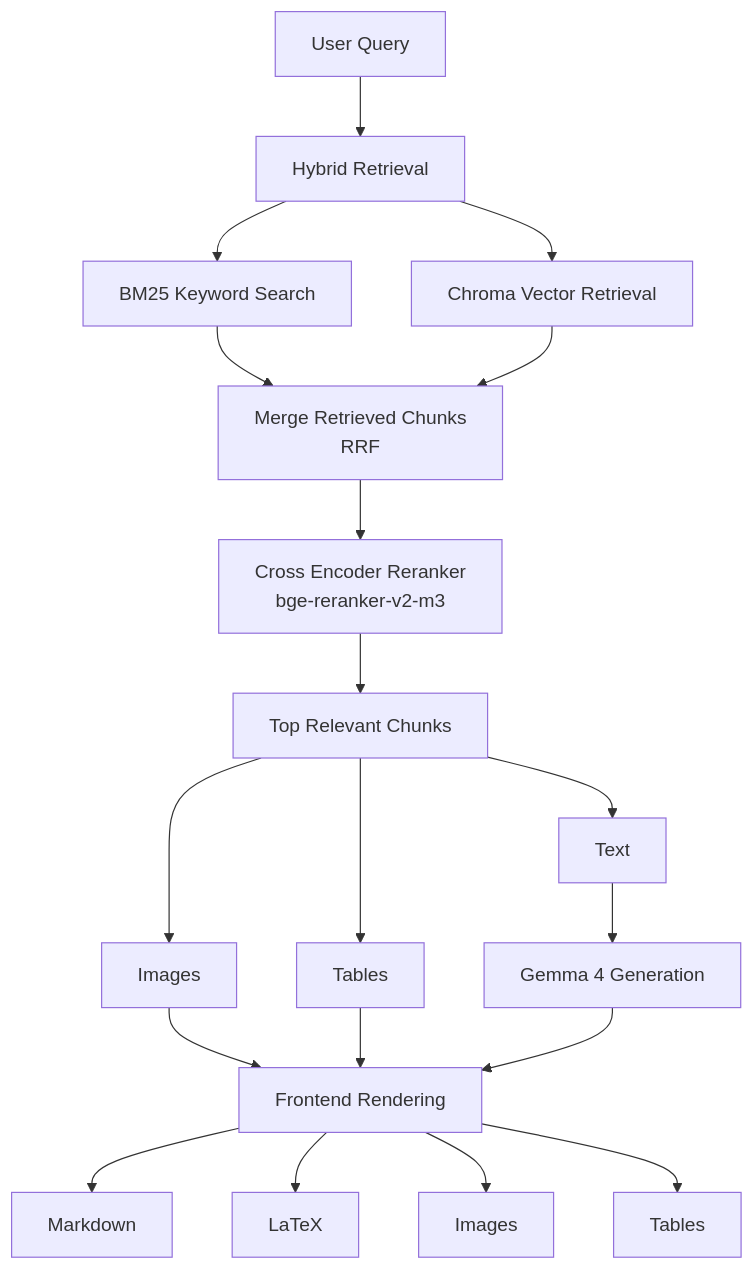
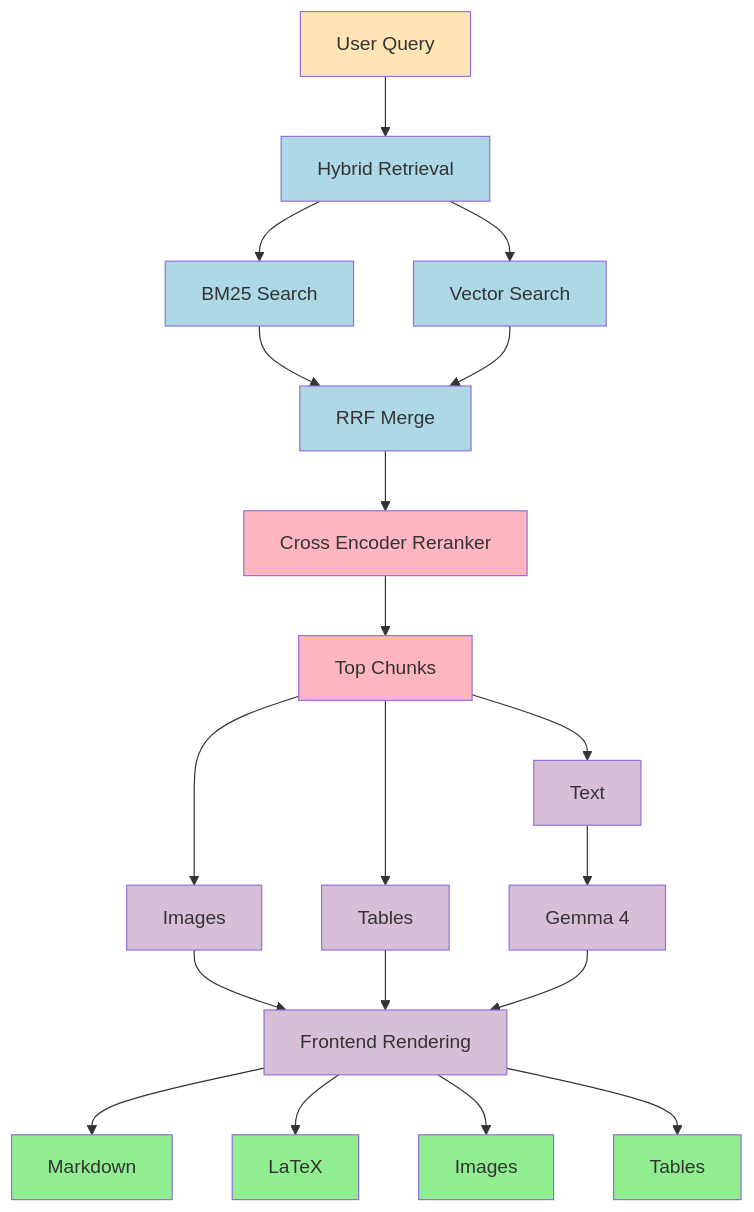
One commit to risvanthkm/spider_ml_task1 changed the second of 2 diagrams in applied_ml_domain/chatbot_code/README.md. Above: the diagram before and after it, drawn with Mermaid. The commit also changed other lines of this file and 1 other file, not shown here.

````diff
--- a/applied_ml_domain/chatbot_code/README.md
+++ b/applied_ml_domain/chatbot_code/README.md
@@ -94,35 +104,45 @@
 ```mermaid
 flowchart TD
 
 A[User Query]
 
 A --> B[Hybrid Retrieval]
 
-B --> C1[BM25 Keyword Search]
-B --> C2[Chroma Vector Retrieval]
+B --> C1[BM25 Search]
+B --> C2[Vector Search]
 
-C1 --> D[Merge Retrieved Chunks<br/>RRF]
+C1 --> D[RRF Merge]
 C2 --> D
 
-D --> E[Cross Encoder Reranker<br/>bge-reranker-v2-m3]
+D --> E[Cross Encoder Reranker]
 
-E --> F[Top Relevant Chunks]
+E --> F[Top Chunks]
 
 F --> G1[Text]
 F --> G2[Images]
 F --> G3[Tables]
 
-G1 --> H[Gemma 4 Generation]
-G2 --> I
+G1 --> H[Gemma 4]
+
+G2 --> I[Frontend Rendering]
 G3 --> I
-
-H --> I[Frontend Rendering]
+H --> I
 
 I --> J1[Markdown]
+I --> J2[LaTeX]
+I --> J3[Images]
+I --> J4[Tables]
 
-I --> J2[LaTeX ]
 
-I --> J3[Images]
+classDef input fill:#FFE4B5
+classDef retrieval fill:#ADD8E6
+classDef rerank fill:#FFB6C1
+classDef generation fill:#D8BFD8
+classDef output fill:#90EE90
 
-I --> J4[Tables]
+class A input
+class B,C1,C2,D retrieval
+class E,F rerank
+class G1,G2,G3,H,I generation
+class J1,J2,J3,J4 output
 ```
````
